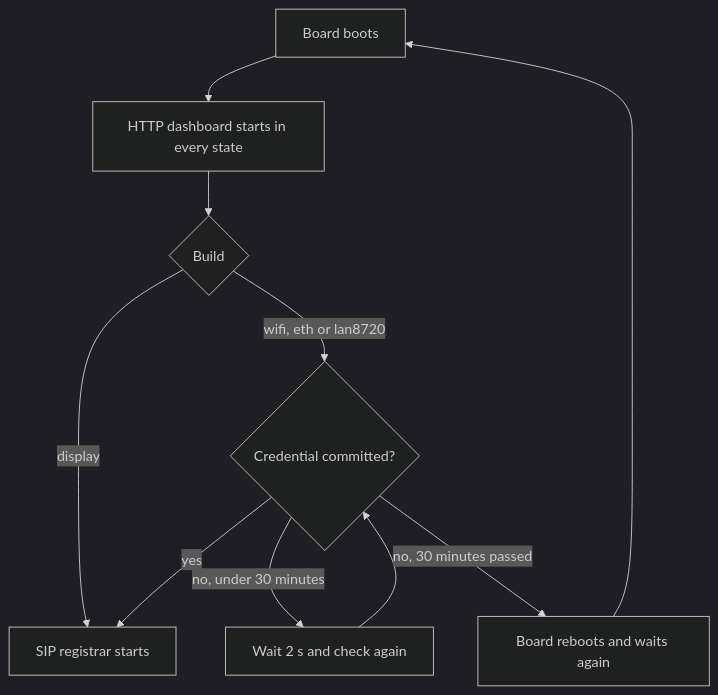
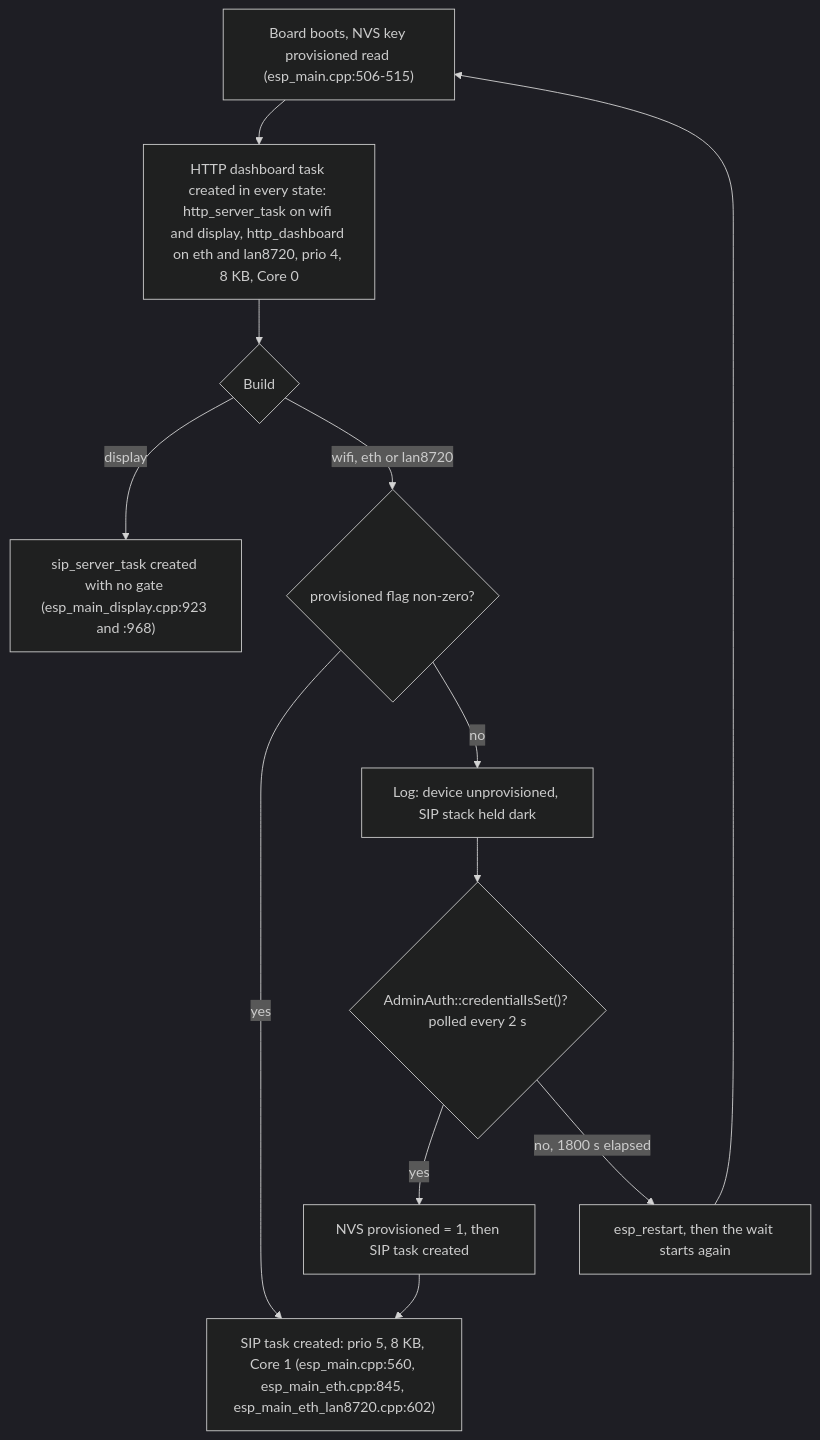
One commit to GlomarGadaffi/pocket-dial changed the first of 2 diagrams in docs/FLASHING.md. Above: the diagram before and after it, drawn with Mermaid (dark theme). The commit also changed other lines of this file and 29 other files, not shown here.

First line of the commit message:
docs: make the Mermaid diagrams exact against main (#1105)

````diff
--- a/docs/FLASHING.md
+++ b/docs/FLASHING.md
@@ -109,12 +109,14 @@
 ```mermaid
 flowchart TD
-    boot[Board boots] --> http[HTTP dashboard starts in every state]
-    http --> build{Build}
-    build -->|display| sip[SIP registrar starts]
-    build -->|wifi, eth or lan8720| committed{Credential committed?}
-    committed -->|yes| sip
-    committed -->|no, under 30 minutes| poll[Wait 2 s and check again]
-    poll --> committed
-    committed -->|no, 30 minutes passed| reboot[Board reboots and waits again]
+    boot["Board boots, NVS key provisioned read (esp_main.cpp:506-515)"] --> http["HTTP dashboard task created in every state: http_server_task on wifi and display, http_dashboard on eth and lan8720, prio 4, 8 KB, Core 0"]
+    http --> build{"Build"}
+    build -->|display| sipd["sip_server_task created with no gate (esp_main_display.cpp:923 and :968)"]
+    build -->|"wifi, eth or lan8720"| flag{"provisioned flag non-zero?"}
+    flag -->|yes| sip["SIP task created: prio 5, 8 KB, Core 1 (esp_main.cpp:560, esp_main_eth.cpp:845, esp_main_eth_lan8720.cpp:602)"]
+    flag -->|no| dark["Log: device unprovisioned, SIP stack held dark"]
+    dark --> committed{"AdminAuth::credentialIsSet()? polled every 2 s"}
+    committed -->|yes| save["NVS provisioned = 1, then SIP task created"]
+    save --> sip
+    committed -->|"no, 1800 s elapsed"| reboot["esp_restart, then the wait starts again"]
     reboot --> boot
 ```
````
